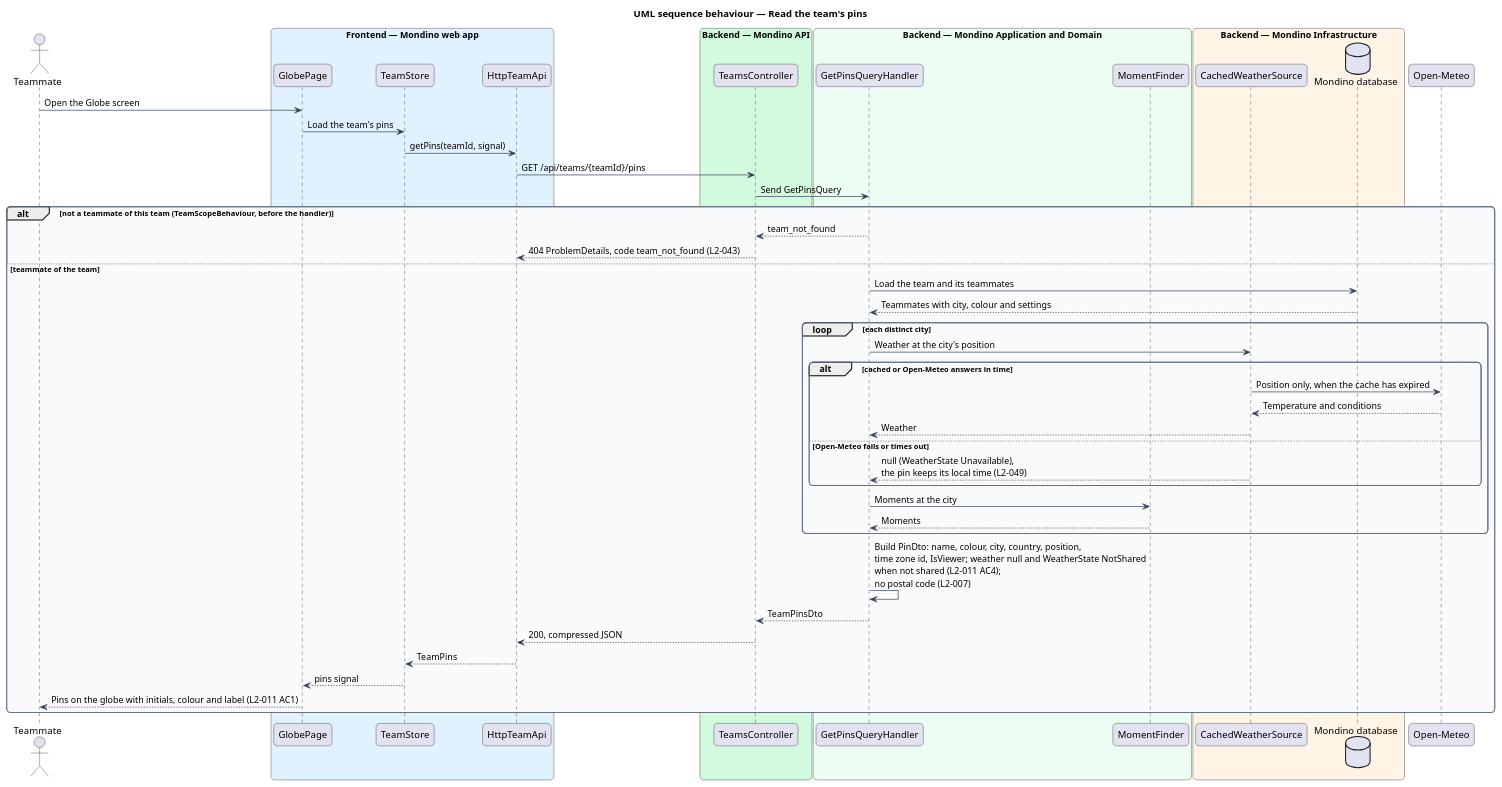
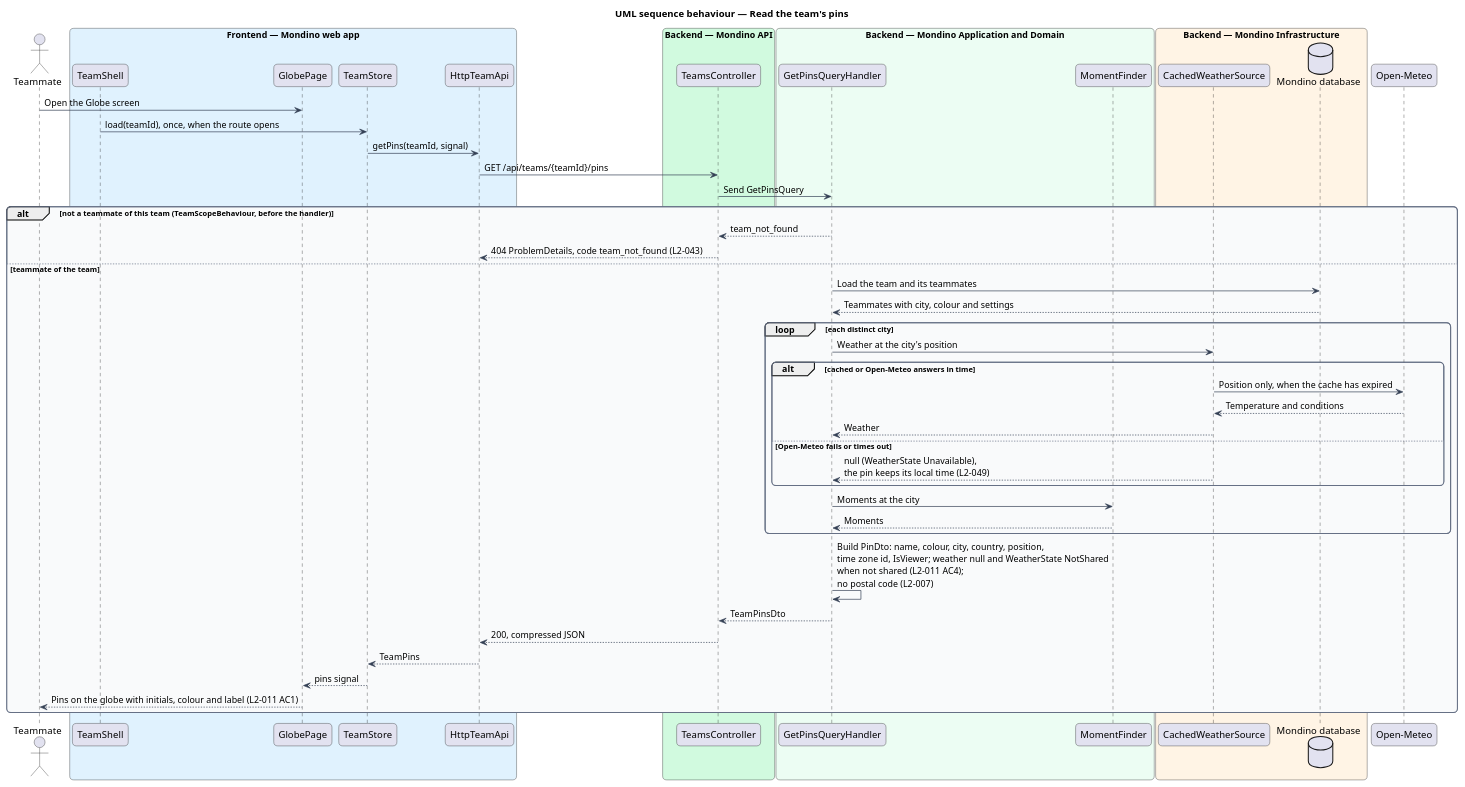
One commit to QuinntyneBrown/Mondino changed the diagram in docs/detailed-designs/globe/show-pins/diagrams/sequence-read-pins.puml. Above: the diagram before and after it, drawn with PlantUML. The commit also changed 12 other files, not shown here.

First line of the commit message:
Close the gaps a reader of the daily-use flow found: eighth pass

```diff
--- a/docs/detailed-designs/globe/show-pins/diagrams/sequence-read-pins.puml
+++ b/docs/detailed-designs/globe/show-pins/diagrams/sequence-read-pins.puml
@@ -1,65 +1,66 @@
 @startuml
 title UML sequence behaviour — Read the team's pins
 skinparam backgroundColor #FFFFFF
 skinparam shadowing false
 skinparam roundcorner 12
 skinparam defaultFontName Arial
 skinparam ArrowColor #344054
 skinparam rectangle {
   BorderColor #344054
   FontColor #101828
 }
 skinparam package {
   BorderColor #667085
   FontColor #101828
   BackgroundColor #F9FAFB
 }
 actor "Teammate" as actor
 box "Frontend — Mondino web app" #E0F2FE
+  participant "TeamShell" as shell
   participant "GlobePage" as page
   participant "TeamStore" as store
   participant "HttpTeamApi" as client
 end box
 box "Backend — Mondino API" #D1FADF
   participant "TeamsController" as controller
 end box
 box "Backend — Mondino Application and Domain" #ECFDF3
   participant "GetPinsQueryHandler" as handler
   participant "MomentFinder" as moments
 end box
 box "Backend — Mondino Infrastructure" #FFF4E5
   participant "CachedWeatherSource" as weather
   database "Mondino database" as db
 end box
 participant "Open-Meteo" as openmeteo
 actor -> page : Open the Globe screen
-page -> store : Load the team's pins
+shell -> store : load(teamId), once, when the route opens
 store -> client : getPins(teamId, signal)
 client -> controller : GET /api/teams/{teamId}/pins
 controller -> handler : Send GetPinsQuery
 alt not a teammate of this team (TeamScopeBehaviour, before the handler)
   handler --> controller : team_not_found
   controller --> client : 404 ProblemDetails, code team_not_found (L2-043)
 else teammate of the team
   handler -> db : Load the team and its teammates
   db --> handler : Teammates with city, colour and settings
   loop each distinct city
     handler -> weather : Weather at the city's position
     alt cached or Open-Meteo answers in time
       weather -> openmeteo : Position only, when the cache has expired
       openmeteo --> weather : Temperature and conditions
       weather --> handler : Weather
     else Open-Meteo fails or times out
       weather --> handler : null (WeatherState Unavailable),\nthe pin keeps its local time (L2-049)
     end
     handler -> moments : Moments at the city
     moments --> handler : Moments
   end
   handler -> handler : Build PinDto: name, colour, city, country, position,\ntime zone id, IsViewer; weather null and WeatherState NotShared\nwhen not shared (L2-011 AC4);\nno postal code (L2-007)
   handler --> controller : TeamPinsDto
   controller --> client : 200, compressed JSON
   client --> store : TeamPins
   store --> page : pins signal
   page --> actor : Pins on the globe with initials, colour and label (L2-011 AC1)
 end
 @enduml
```
